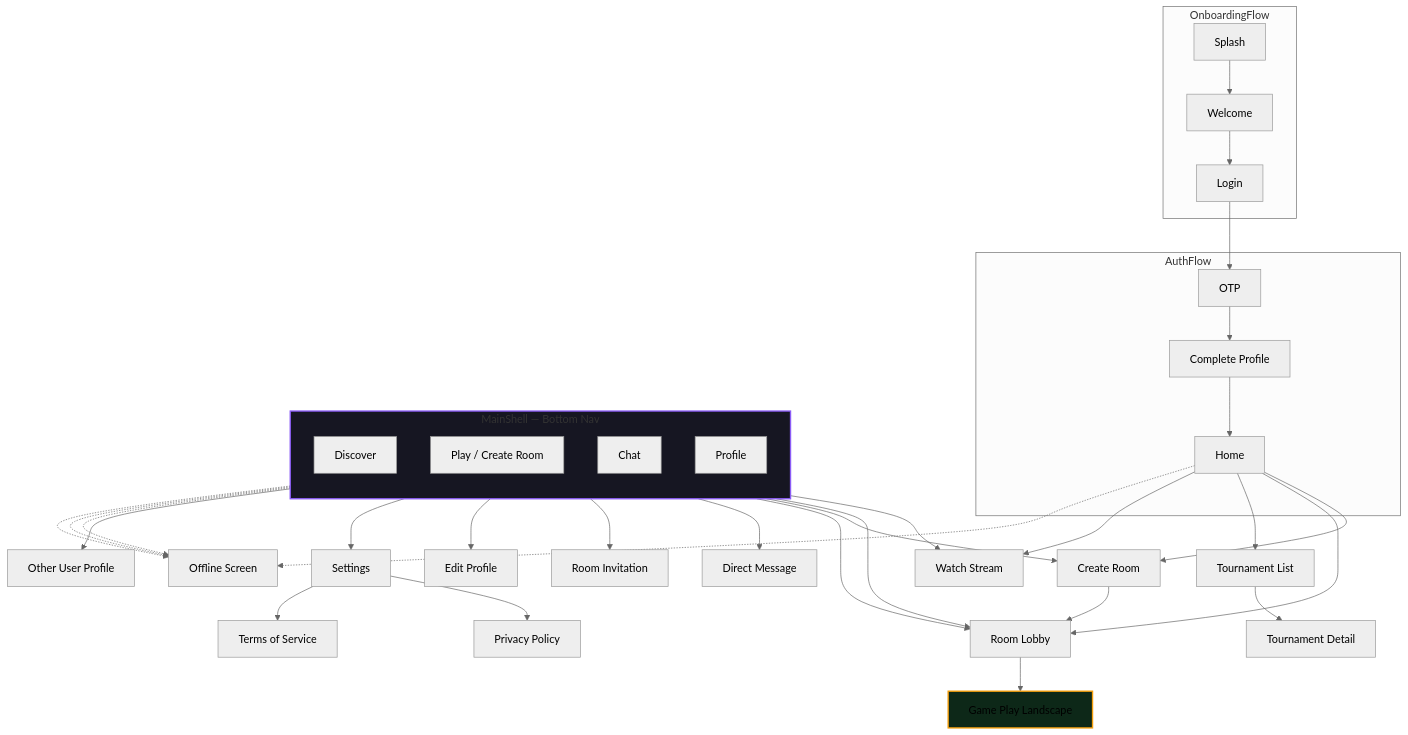
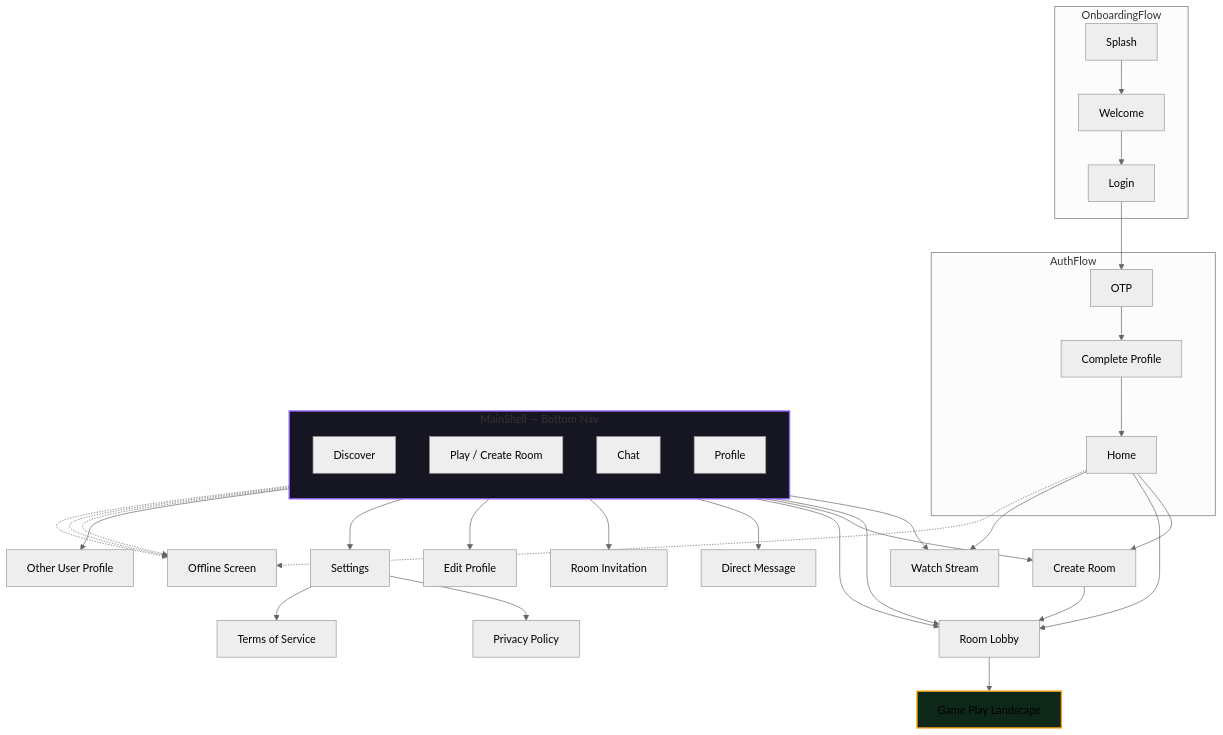
Before and after one commit to mohamed352/bloot: the diagram in docs/ui_implementation_plan.md, drawn with Mermaid (neutral theme). The commit also changed other lines of this file and 149 other files, not shown here.

````diff
--- a/docs/ui_implementation_plan.md
+++ b/docs/ui_implementation_plan.md
@@ -89,56 +83,53 @@
 ```mermaid
 flowchart TD
     subgraph OnboardingFlow
         SPLASH[Splash] --> WELCOME[Welcome]
         WELCOME --> LOGIN[Login]
     end
 
     subgraph AuthFlow
         LOGIN --> OTP[OTP]
         OTP --> COMPLETE[Complete Profile]
         COMPLETE --> HOME
     end
 
     subgraph MainShell[MainShell — Bottom Nav]
         direction TB
         HOME[Home] 
         DISCOVER[Discover]
         PLAY[Play / Create Room]
         CHAT[Chat]
         PROFILE[Profile]
     end
 
     HOME --> CREATE_ROOM[Create Room]
     HOME --> ROOM_LOBBY[Room Lobby]
-    HOME --> TOURNAMENT_LIST[Tournament List]
     HOME --> WATCH_STREAM[Watch Stream]
 
     DISCOVER --> WATCH_STREAM
     DISCOVER --> ROOM_LOBBY
 
     PLAY --> CREATE_ROOM
     PLAY --> ROOM_LOBBY
 
     CHAT --> DM[Direct Message]
     CHAT --> ROOM_INVITE[Room Invitation]
 
     PROFILE --> EDIT_PROFILE[Edit Profile]
     PROFILE --> SETTINGS[Settings]
     PROFILE --> USER_PROFILE[Other User Profile]
 
     ROOM_LOBBY --> GAME_PLAY[Game Play Landscape]
     CREATE_ROOM --> ROOM_LOBBY
 
-    TOURNAMENT_LIST --> TOURNAMENT_DETAIL[Tournament Detail]
-
     SETTINGS --> PRIVACY[Privacy Policy]
     SETTINGS --> TERMS[Terms of Service]
 
     HOME -.-> OFFLINE[Offline Screen]
     DISCOVER -.-> OFFLINE
     CHAT -.-> OFFLINE
     PROFILE -.-> OFFLINE
 
     style MainShell fill:#161622,stroke:#8B5CF6,stroke-width:2px
     style GAME_PLAY fill:#0D2818,stroke:#F59E0B,stroke-width:2px
 ```
````
